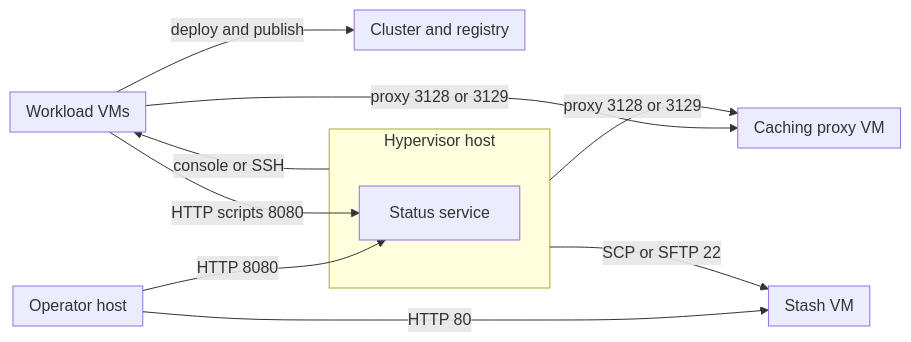
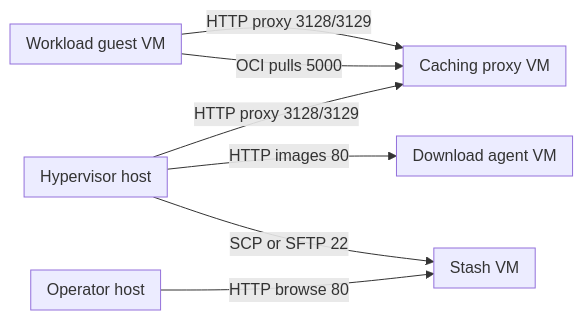
The second of 9 diagrams in docs/design/06-deployment.md (alissonsol/yuruna), drawn with Mermaid before and after one commit. The commit also changed other lines of this file and 1371 other files, not shown here.

````diff
--- a/docs/design/06-deployment.md
+++ b/docs/design/06-deployment.md
@@ -13,24 +53,21 @@
 ```mermaid
 flowchart LR
     subgraph operator-host["Operator host"]
     end
     subgraph host["Hypervisor host"]
-        start-status-service-ps1["Status service"]
     end
-    subgraph guest["Workload VMs"]
+    subgraph guest["Workload guest VM"]
     end
     subgraph caching-proxy-service["Caching proxy VM"]
     end
+    subgraph download-agent-service["Download agent VM"]
+    end
     subgraph stash-service["Stash VM"]
     end
-    subgraph global-resources["Cluster and registry"]
-    end
-    operator-host -->|HTTP 8080| start-status-service-ps1
-    operator-host -->|HTTP 80| stash-service
-    host -->|console or SSH| guest
-    guest -->|HTTP scripts 8080| start-status-service-ps1
-    host -->|proxy 3128 or 3129| caching-proxy-service
-    guest -->|proxy 3128 or 3129| caching-proxy-service
+    host -->|HTTP proxy 3128/3129| caching-proxy-service
+    guest -->|HTTP proxy 3128/3129| caching-proxy-service
+    guest -->|OCI pulls 5000| caching-proxy-service
+    host -->|HTTP images 80| download-agent-service
     host -->|SCP or SFTP 22| stash-service
-    guest -->|deploy and publish| global-resources
+    operator-host -->|HTTP browse 80| stash-service
 ```
````
